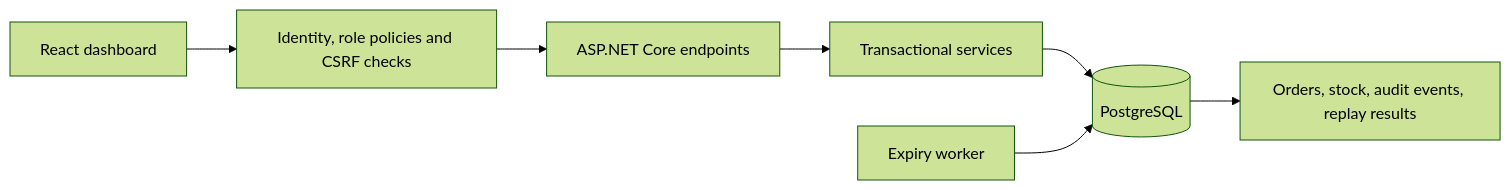
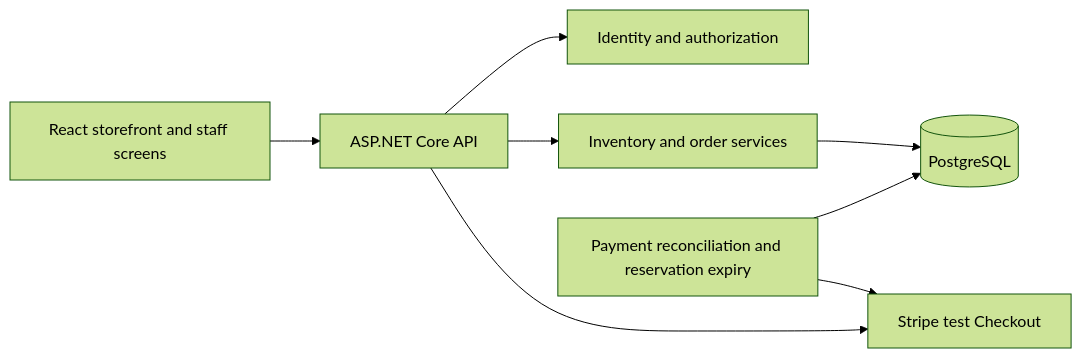
Before and after one commit to ShareefAldahhan/ShelfSync: the diagram in README.md, drawn with Mermaid (forest theme). The commit also changed other lines of this file and 3 other files, not shown here.

````diff
--- a/README.md
+++ b/README.md
@@ -62,9 +46,10 @@
 ```mermaid
 flowchart LR
-    UI[React dashboard] --> AUTH[Identity, role policies and CSRF checks]
-    AUTH --> API[ASP.NET Core endpoints]
-    API --> SERVICES[Transactional services]
+    UI[React storefront and staff screens] --> API[ASP.NET Core API]
+    API --> AUTH[Identity and authorization]
+    API --> SERVICES[Inventory and order services]
     SERVICES --> DB[(PostgreSQL)]
-    WORKER[Expiry worker] --> DB
-    DB --> AUDIT[Orders, stock, audit events, replay results]
+    API --> PAY[Stripe test Checkout]
+    WORKERS[Payment reconciliation and reservation expiry] --> DB
+    WORKERS --> PAY
 ```
````
